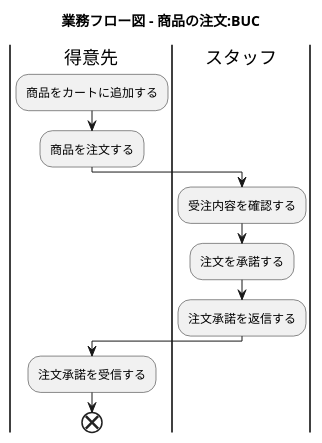
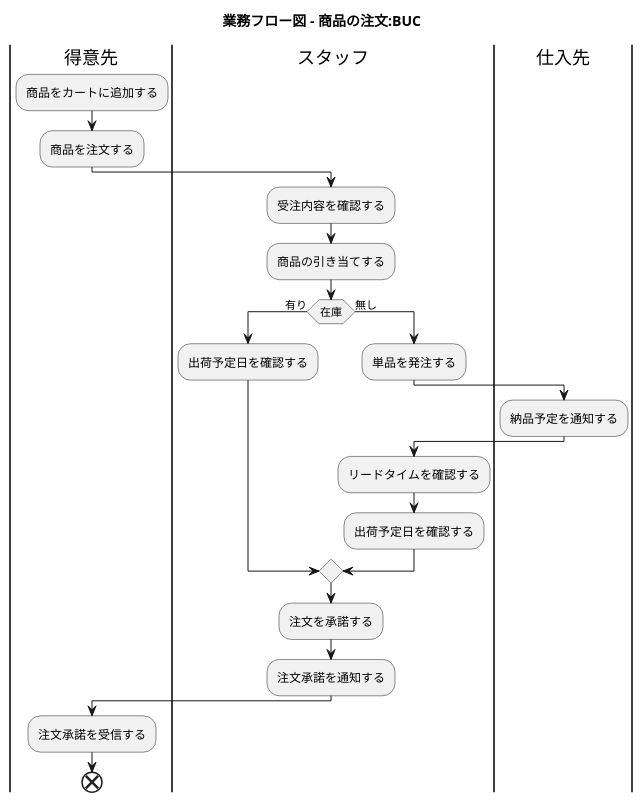
The ninth of 28 diagrams in docs/index.adoc (k2works/application_programing_excercise_2022), drawn with PlantUML before and after one commit. The commit also changed other lines of this file, not shown here.

```diff
--- a/docs/index.adoc
+++ b/docs/index.adoc
@@ -341,22 +341,33 @@
 [plantuml]
 ----
 @startuml
 
 title 業務フロー図 - 商品の注文:BUC
 
 |得意先|
 :商品をカートに追加する;
 :商品を注文する;
 
 |スタッフ|
 :受注内容を確認する;
+:商品の引き当てする;
+if (在庫) then (有り)
+ :出荷予定日を確認する;
+else (無し)
+ :単品を発注する;
+ |仕入先|
+ :納品予定を通知する;
+ |スタッフ|
+ :リードタイムを確認する;
+ :出荷予定日を確認する;
+endif
 :注文を承諾する;
-:注文承諾を返信する;
+:注文承諾を通知する;
 
 |得意先|
 :注文承諾を受信する;
 
 end
 
 @enduml
 ----
```
